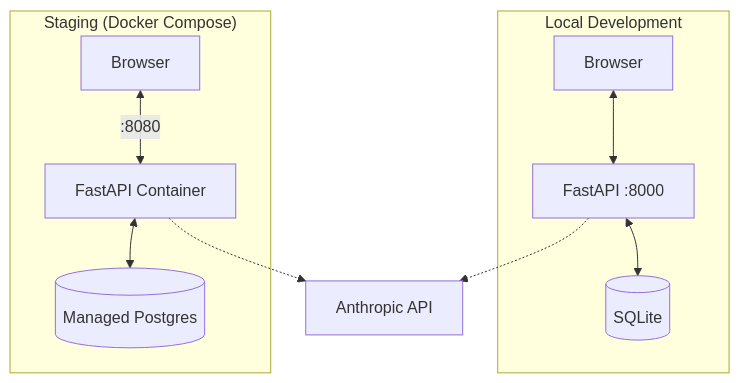
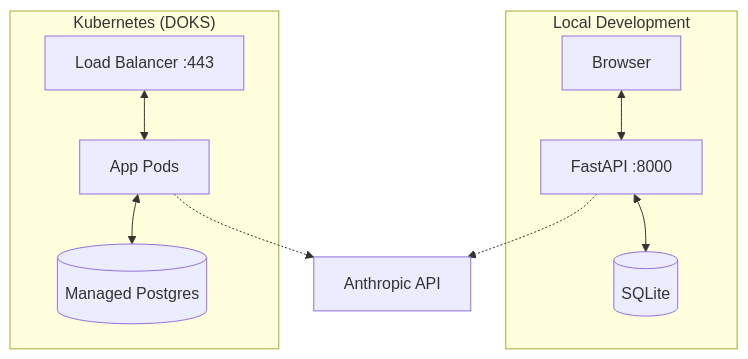
Before and after one commit to johnwesley/dungeon_minus_one: the diagram in README.md, drawn with Mermaid. The commit also changed other lines of this file and 4 other files, not shown here.

First line of the commit message:
feat: transition from Docker Compose to Kubernetes deployment

````diff
--- a/README.md
+++ b/README.md
@@ -7,15 +7,15 @@
 ```mermaid
 flowchart TB
     subgraph Local["Local Development"]
         L_Browser[Browser] <--> L_App[FastAPI :8000]
         L_App <--> L_DB[(SQLite)]
     end
 
-    subgraph Staging["Staging (Docker Compose)"]
-        S_Browser[Browser] <-->|:8080| S_App[FastAPI Container]
-        S_App <--> S_DB[(Managed Postgres)]
+    subgraph DOKS["Kubernetes (DOKS)"]
+        K_LB[Load Balancer :443] <--> K_App[App Pods]
+        K_App <--> K_DB[(Managed Postgres)]
     end
 
     L_App -.-> Claude[Anthropic API]
-    S_App -.-> Claude
+    K_App -.-> Claude
 ```
````
